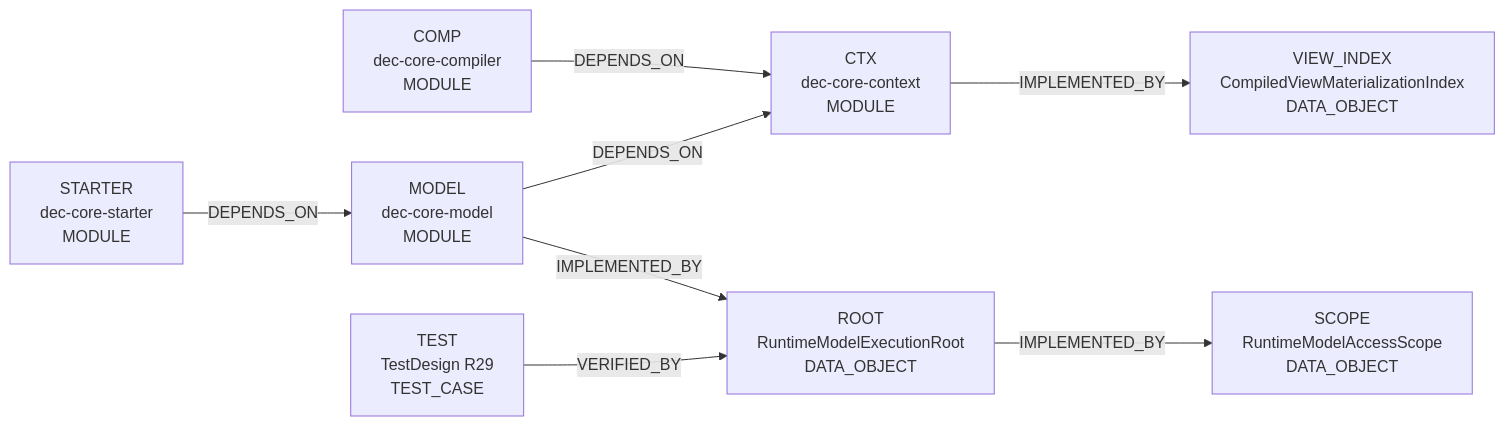
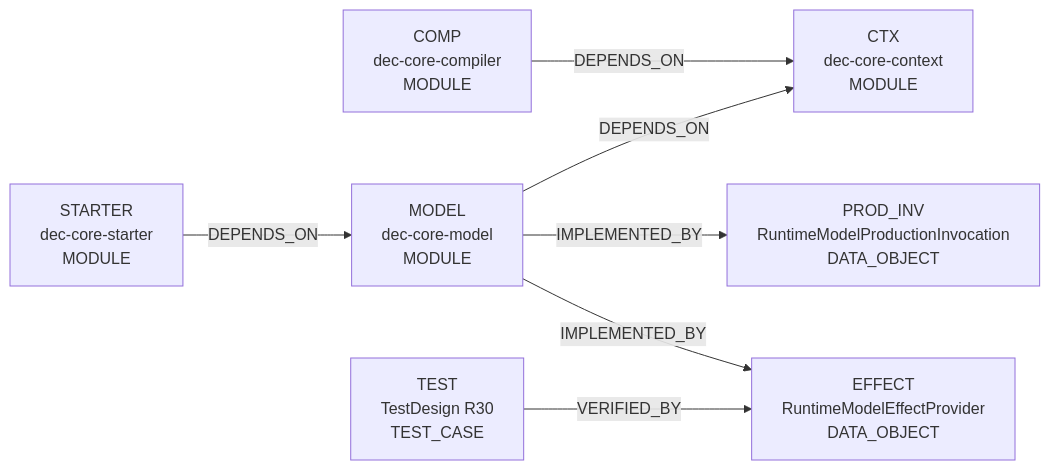
One commit to szlwin/doc-eq-code-Dgremlin changed the first of 3 diagrams in project_doc/docs/_relations/dependency_graph.md. Above: the diagram before and after it, drawn with Mermaid. The commit also changed other lines of this file and 9 other files, not shown here.

Commit message:
docs(p2): bind production effect provenance

````diff
--- a/project_doc/docs/_relations/dependency_graph.md
+++ b/project_doc/docs/_relations/dependency_graph.md
@@ -18,18 +18,16 @@
 ```mermaid
 flowchart LR
   N_c1cf93fb1a["COMP<br/>dec-core-compiler<br/>MODULE"]
   N_696d0447f4["CTX<br/>dec-core-context<br/>MODULE"]
+  N_d7baf549df["EFFECT<br/>RuntimeModelEffectProvider<br/>DATA_OBJECT"]
   N_c8b6c094bb["MODEL<br/>dec-core-model<br/>MODULE"]
-  N_fed4199357["ROOT<br/>RuntimeModelExecutionRoot<br/>DATA_OBJECT"]
-  N_f035065747["SCOPE<br/>RuntimeModelAccessScope<br/>DATA_OBJECT"]
+  N_4e6d974be6["PROD_INV<br/>RuntimeModelProductionInvocation<br/>DATA_OBJECT"]
   N_546a424e1f["STARTER<br/>dec-core-starter<br/>MODULE"]
-  N_94ee059335["TEST<br/>TestDesign R29<br/>TEST_CASE"]
-  N_93056517ae["VIEW_INDEX<br/>CompiledViewMaterializationIndex<br/>DATA_OBJECT"]
+  N_94ee059335["TEST<br/>TestDesign R30<br/>TEST_CASE"]
   N_c1cf93fb1a -->|"DEPENDS_ON"| N_696d0447f4
-  N_696d0447f4 -->|"IMPLEMENTED_BY"| N_93056517ae
   N_c8b6c094bb -->|"DEPENDS_ON"| N_696d0447f4
-  N_c8b6c094bb -->|"IMPLEMENTED_BY"| N_fed4199357
-  N_fed4199357 -->|"IMPLEMENTED_BY"| N_f035065747
+  N_c8b6c094bb -->|"IMPLEMENTED_BY"| N_4e6d974be6
+  N_c8b6c094bb -->|"IMPLEMENTED_BY"| N_d7baf549df
   N_546a424e1f -->|"DEPENDS_ON"| N_c8b6c094bb
-  N_94ee059335 -->|"VERIFIED_BY"| N_fed4199357
+  N_94ee059335 -->|"VERIFIED_BY"| N_d7baf549df
 ```
````
